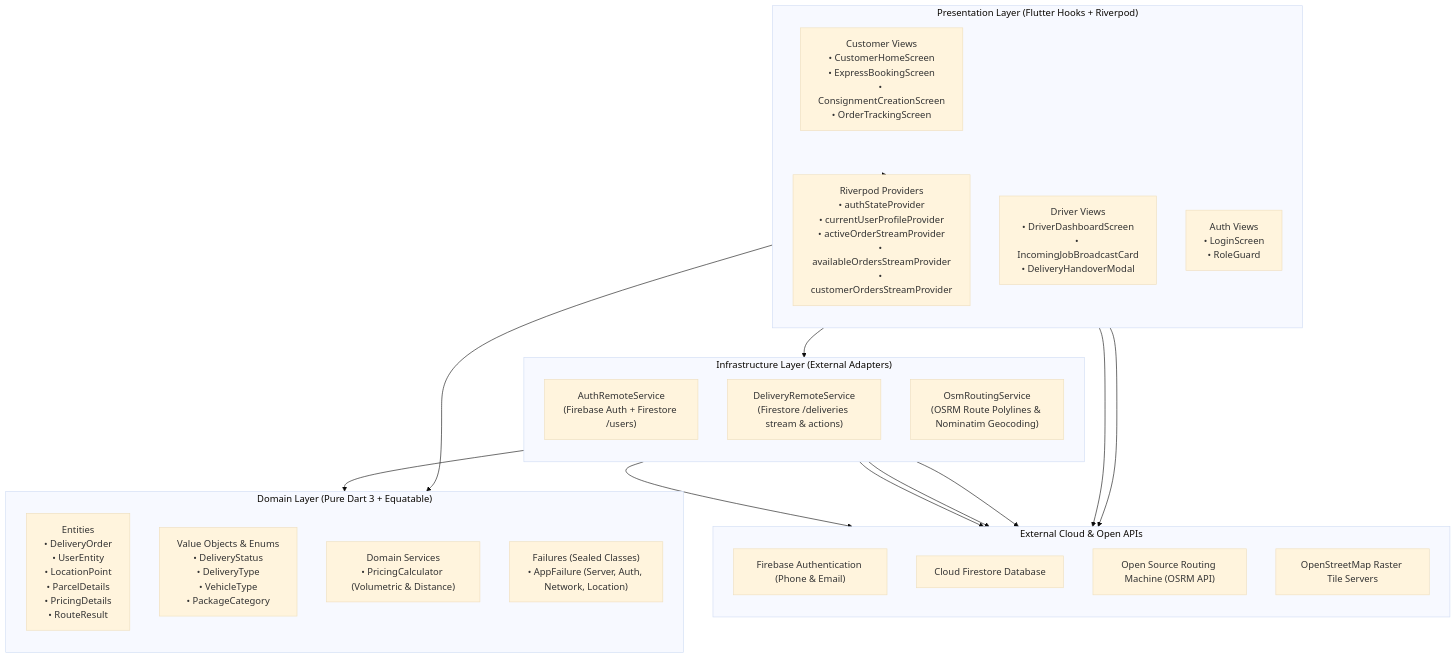
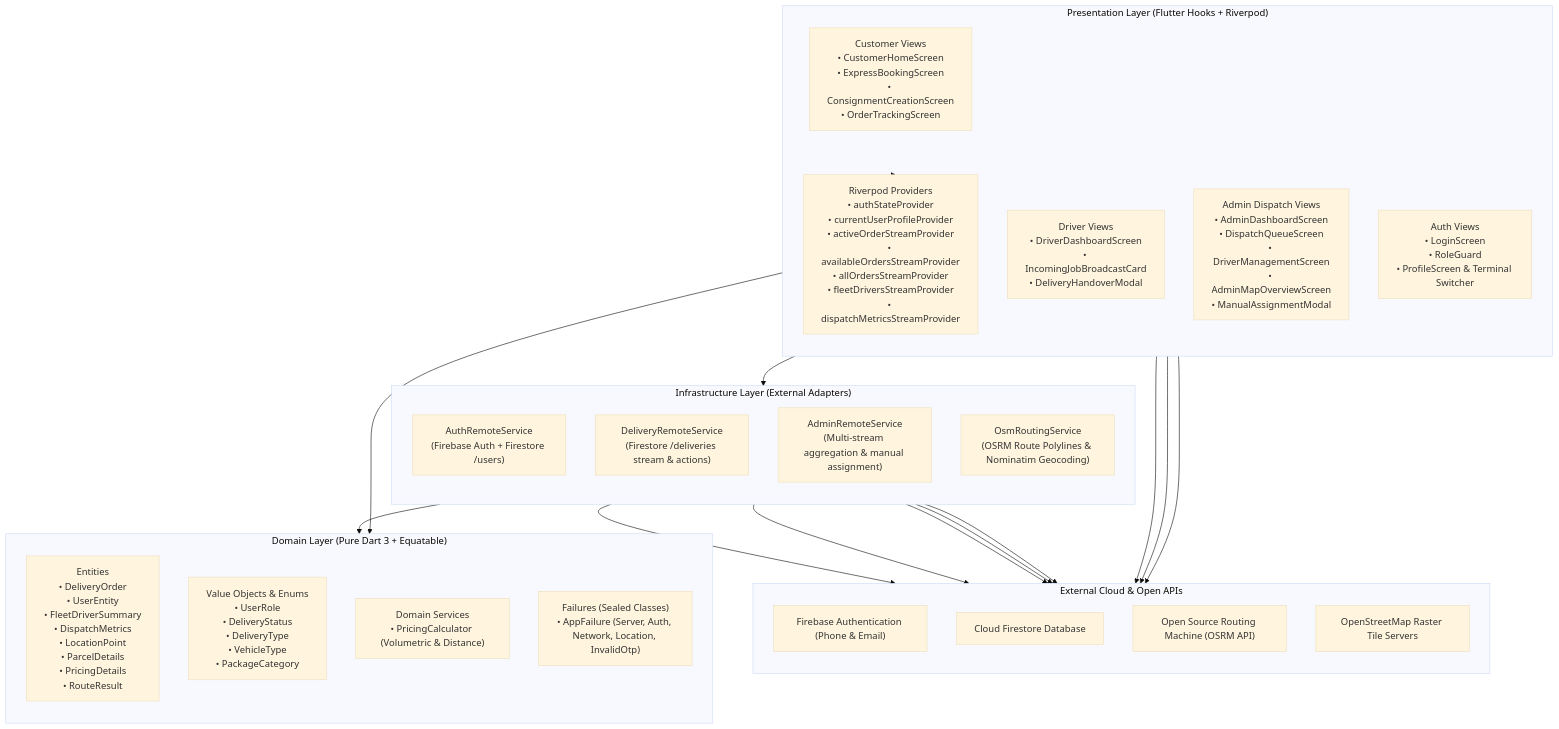
Before and after one commit to Lekki369/e_hailer: the first of 2 diagrams in docs/ARCHITECTURE.md, drawn with Mermaid (base theme). The commit also changed other lines of this file and 20 other files, not shown here.

Commit message:
feat(admin): implement operations command center, live dispatch queue, and driver assignment engine

````diff
--- a/docs/ARCHITECTURE.md
+++ b/docs/ARCHITECTURE.md
@@ -18,46 +18,50 @@
 ```mermaid
 flowchart TD
     subgraph UI["Presentation Layer (Flutter Hooks + Riverpod)"]
         direction TB
         CustomerScreens["Customer Views\n• CustomerHomeScreen\n• ExpressBookingScreen\n• ConsignmentCreationScreen\n• OrderTrackingScreen"]
         DriverScreens["Driver Views\n• DriverDashboardScreen\n• IncomingJobBroadcastCard\n• DeliveryHandoverModal"]
-        AuthScreens["Auth Views\n• LoginScreen\n• RoleGuard"]
+        AdminScreens["Admin Dispatch Views\n• AdminDashboardScreen\n• DispatchQueueScreen\n• DriverManagementScreen\n• AdminMapOverviewScreen\n• ManualAssignmentModal"]
+        AuthScreens["Auth Views\n• LoginScreen\n• RoleGuard\n• ProfileScreen & Terminal Switcher"]
         
-        RiverpodProviders["Riverpod Providers\n• authStateProvider\n• currentUserProfileProvider\n• activeOrderStreamProvider\n• availableOrdersStreamProvider\n• customerOrdersStreamProvider"]
+        RiverpodProviders["Riverpod Providers\n• authStateProvider\n• currentUserProfileProvider\n• activeOrderStreamProvider\n• availableOrdersStreamProvider\n• allOrdersStreamProvider\n• fleetDriversStreamProvider\n• dispatchMetricsStreamProvider"]
     end
 
     subgraph Domain["Domain Layer (Pure Dart 3 + Equatable)"]
         direction TB
-        Entities["Entities\n• DeliveryOrder\n• UserEntity\n• LocationPoint\n• ParcelDetails\n• PricingDetails\n• RouteResult"]
-        ValueObjects["Value Objects & Enums\n• DeliveryStatus\n• DeliveryType\n• VehicleType\n• PackageCategory"]
+        Entities["Entities\n• DeliveryOrder\n• UserEntity\n• FleetDriverSummary\n• DispatchMetrics\n• LocationPoint\n• ParcelDetails\n• PricingDetails\n• RouteResult"]
+        ValueObjects["Value Objects & Enums\n• UserRole\n• DeliveryStatus\n• DeliveryType\n• VehicleType\n• PackageCategory"]
         DomainServices["Domain Services\n• PricingCalculator (Volumetric & Distance)"]
-        Failures["Failures (Sealed Classes)\n• AppFailure (Server, Auth, Network, Location)"]
+        Failures["Failures (Sealed Classes)\n• AppFailure (Server, Auth, Network, Location, InvalidOtp)"]
     end
 
     subgraph Infrastructure["Infrastructure Layer (External Adapters)"]
         direction TB
         AuthService["AuthRemoteService\n(Firebase Auth + Firestore /users)"]
         DeliveryService["DeliveryRemoteService\n(Firestore /deliveries stream & actions)"]
+        AdminService["AdminRemoteService\n(Multi-stream aggregation & manual assignment)"]
         OsmService["OsmRoutingService\n(OSRM Route Polylines & Nominatim Geocoding)"]
     end
 
     subgraph CloudServices["External Cloud & Open APIs"]
         direction TB
         FirebaseAuth["Firebase Authentication (Phone & Email)"]
         Firestore["Cloud Firestore Database"]
         OSRM["Open Source Routing Machine (OSRM API)"]
         OSM["OpenStreetMap Raster Tile Servers"]
     end
 
     UI --> RiverpodProviders
     RiverpodProviders --> Infrastructure
     Infrastructure --> Domain
     UI --> Domain
     
     AuthService --> FirebaseAuth
     AuthService --> Firestore
     DeliveryService --> Firestore
+    AdminService --> Firestore
     OsmService --> OSRM
     CustomerScreens --> OSM
     DriverScreens --> OSM
+    AdminScreens --> OSM
 ```
````
